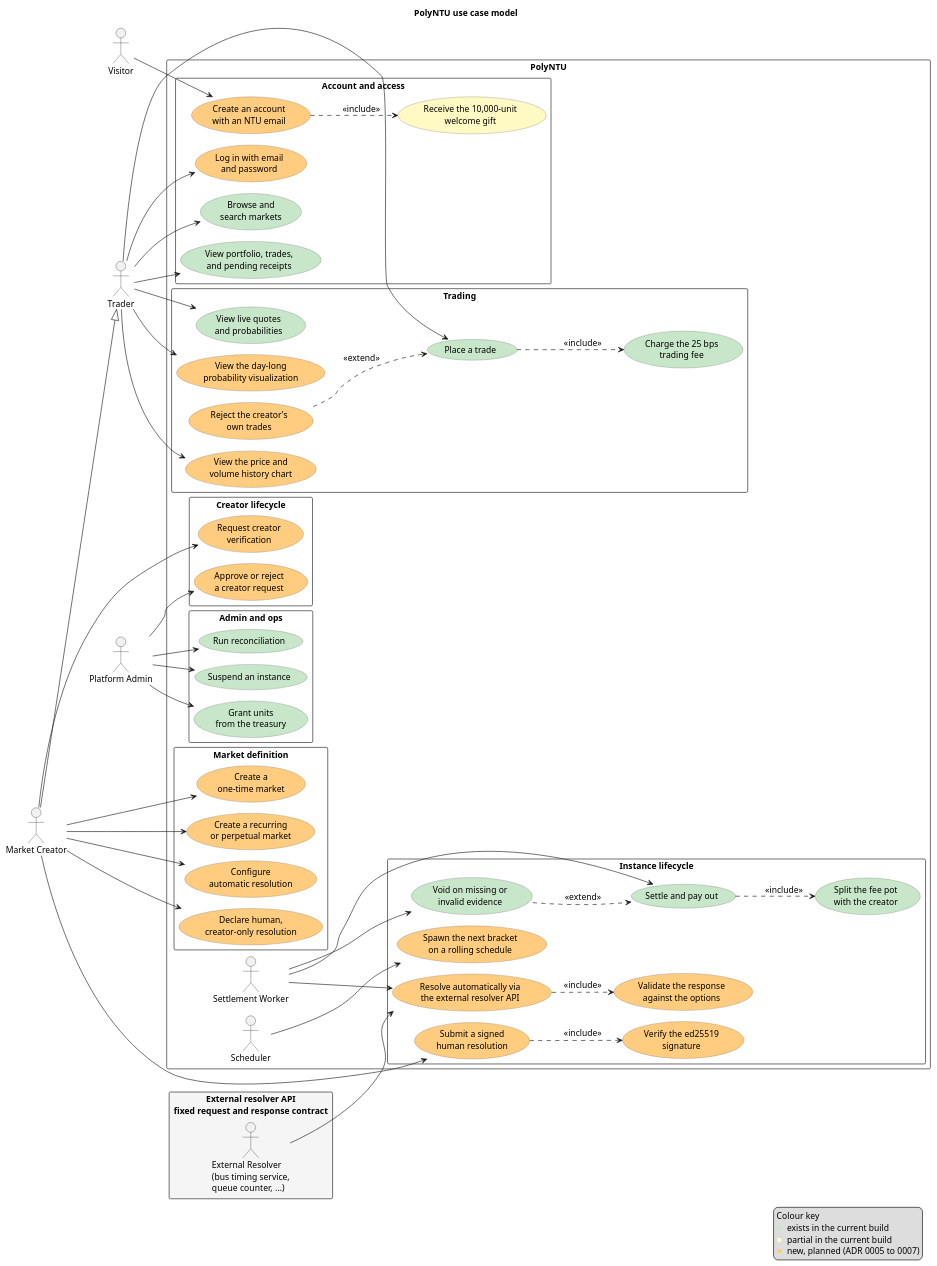
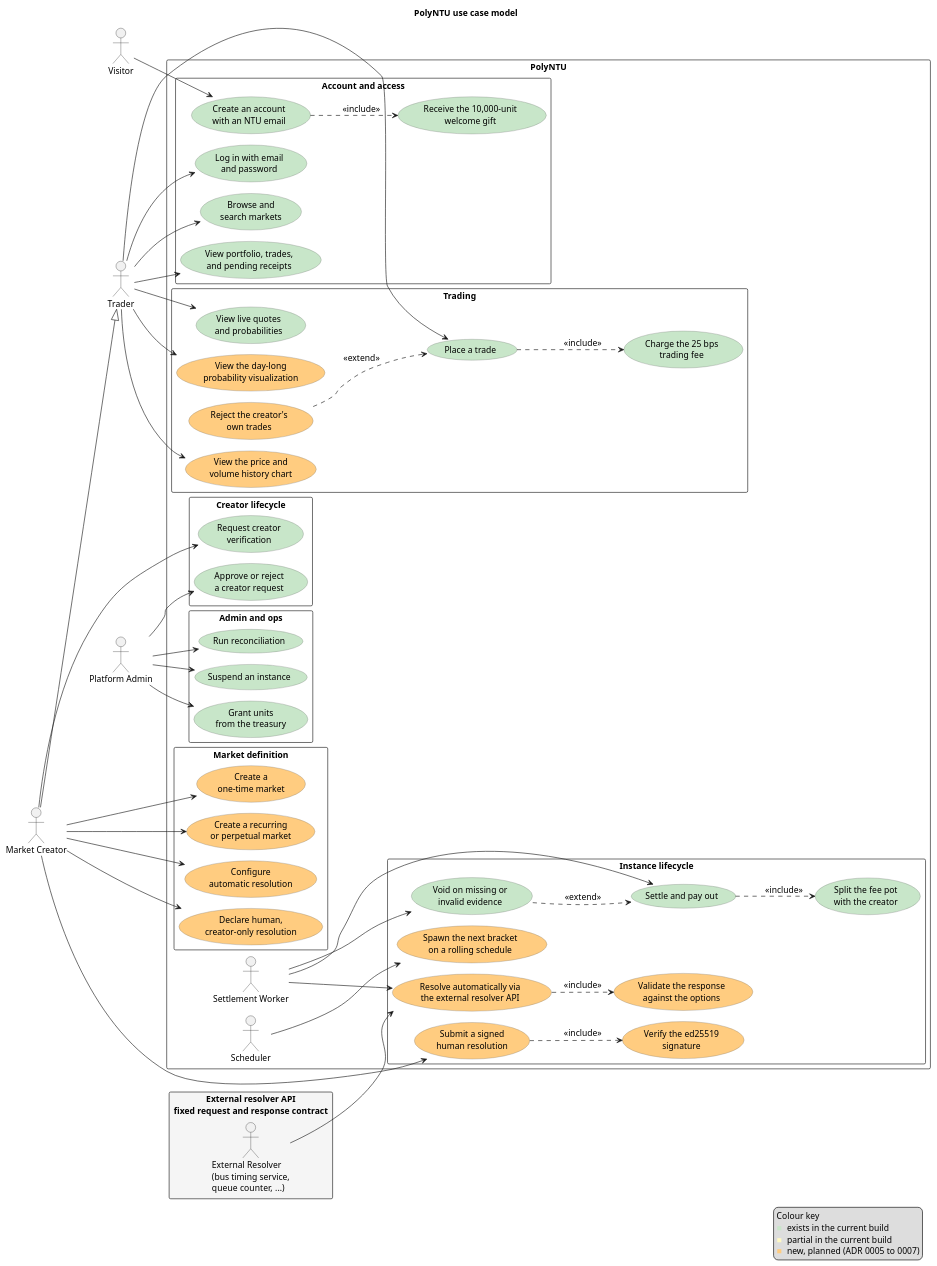
The diagram in docs/diagrams/use-case.puml (sagar2377/PolyNTU), drawn with PlantUML before and after one commit. The commit also changed 12 other files, not shown here.

```diff
--- a/docs/diagrams/use-case.puml
+++ b/docs/diagrams/use-case.puml
@@ -1,114 +1,114 @@
 @startuml
 !pragma layout smetana
 left to right direction
 skinparam packageStyle rectangle
 skinparam shadowing false
 skinparam defaultFontSize 14
 skinparam usecaseBorderColor #7A7A7A
 skinparam arrowFontSize 14
 skinparam legendFontSize 14
 title PolyNTU use case model
 
 actor Visitor
 actor Trader
 actor "Market Creator" as Creator
 Creator --|> Trader
 actor "Platform Admin" as Admin
 
 rectangle "PolyNTU" {
   actor "Scheduler" as Scheduler
   actor "Settlement Worker" as Worker
 
   package "Account and access" {
-    usecase "Create an account\nwith an NTU email" as UC1 #FFCC80
-    usecase "Log in with email\nand password" as UC2 #FFCC80
-    usecase "Receive the 10,000-unit\nwelcome gift" as UC3 #FFF9C4
+    usecase "Create an account\nwith an NTU email" as UC1 #C8E6C9
+    usecase "Log in with email\nand password" as UC2 #C8E6C9
+    usecase "Receive the 10,000-unit\nwelcome gift" as UC3 #C8E6C9
     usecase "View portfolio, trades,\nand pending receipts" as UC4 #C8E6C9
     usecase "Browse and\nsearch markets" as UC5 #C8E6C9
   }
 
   package "Creator lifecycle" {
-    usecase "Request creator\nverification" as UC6 #FFCC80
-    usecase "Approve or reject\na creator request" as UC7 #FFCC80
+    usecase "Request creator\nverification" as UC6 #C8E6C9
+    usecase "Approve or reject\na creator request" as UC7 #C8E6C9
   }
 
   package "Market definition" {
     usecase "Create a\none-time market" as UC8 #FFCC80
     usecase "Create a recurring\nor perpetual market" as UC9 #FFCC80
     usecase "Configure\nautomatic resolution" as UC10 #FFCC80
     usecase "Declare human,\ncreator-only resolution" as UC11 #FFCC80
   }
 
   package "Instance lifecycle" {
     usecase "Spawn the next bracket\non a rolling schedule" as UC12 #FFCC80
     usecase "Resolve automatically via\nthe external resolver API" as UC13 #FFCC80
     usecase "Validate the response\nagainst the options" as UC13a #FFCC80
     usecase "Submit a signed\nhuman resolution" as UC14 #FFCC80
     usecase "Verify the ed25519\nsignature" as UC14a #FFCC80
     usecase "Settle and pay out" as UC15 #C8E6C9
     usecase "Split the fee pot\nwith the creator" as UC16 #C8E6C9
     usecase "Void on missing or\ninvalid evidence" as UC17 #C8E6C9
   }
 
   package "Trading" {
     usecase "View live quotes\nand probabilities" as UC18 #C8E6C9
     usecase "View the price and\nvolume history chart" as UC19 #FFCC80
     usecase "Place a trade" as UC20 #C8E6C9
     usecase "Charge the 25 bps\ntrading fee" as UC20a #C8E6C9
     usecase "Reject the creator's\nown trades" as UC20b #FFCC80
     usecase "View the day-long\nprobability visualization" as UC21 #FFCC80
   }
 
   package "Admin and ops" {
     usecase "Suspend an instance" as UC22 #C8E6C9
     usecase "Grant units\nfrom the treasury" as UC23 #C8E6C9
     usecase "Run reconciliation" as UC24 #C8E6C9
   }
 }
 
 rectangle "External resolver API\nfixed request and response contract" as ResolverBoundary #F5F5F5 {
   actor "External Resolver\n(bus timing service,\nqueue counter, ...)" as Resolver
 }
 
 Visitor --> UC1
 Trader --> UC2
 Trader --> UC4
 Trader --> UC5
 Trader --> UC18
 Trader --> UC19
 Trader --> UC20
 Trader --> UC21
 
 Creator --> UC6
 Creator --> UC8
 Creator --> UC9
 Creator --> UC10
 Creator --> UC11
 Creator --> UC14
 
 Admin --> UC7
 Admin --> UC22
 Admin --> UC23
 Admin --> UC24
 
 Scheduler --> UC12
 Worker --> UC13
 Worker --> UC15
 Worker --> UC17
 Resolver --> UC13
 
 UC1 ..> UC3 : <<include>>
 UC13 ..> UC13a : <<include>>
 UC14 ..> UC14a : <<include>>
 UC15 ..> UC16 : <<include>>
 UC20 ..> UC20a : <<include>>
 UC17 ..> UC15 : <<extend>>
 UC20b ..> UC20 : <<extend>>
 
 legend right
   Colour key
   <color:#C8E6C9>■</color> exists in the current build
   <color:#FFF9C4>■</color> partial in the current build
   <color:#FFCC80>■</color> new, planned (ADR 0005 to 0007)
 endlegend
 @enduml
```
